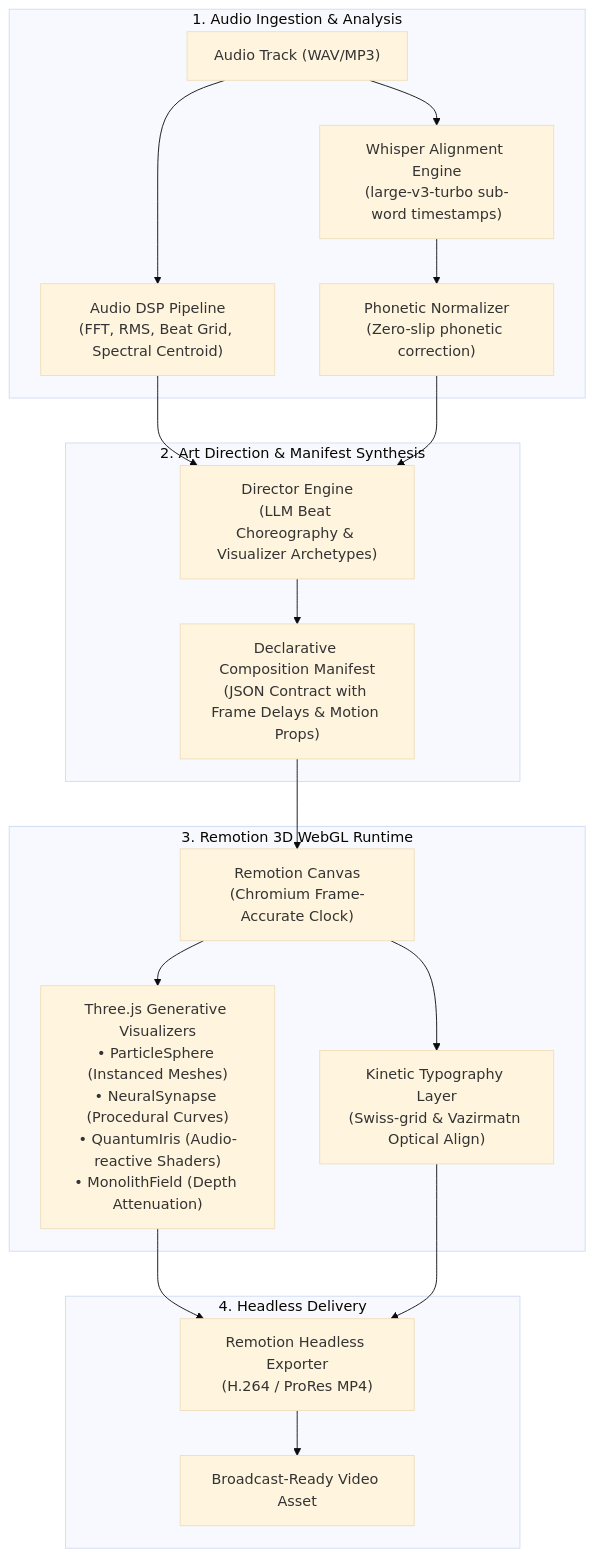
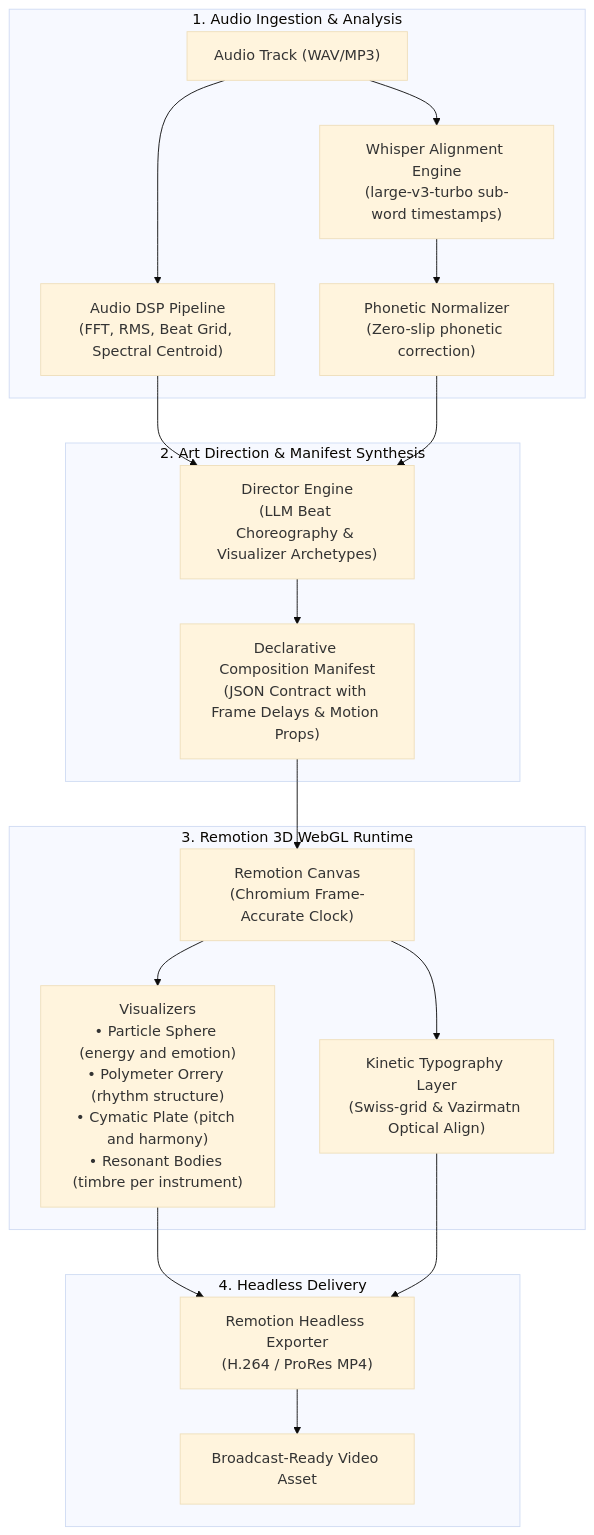
The diagram in README.md (hessam/voitomo-audioviz), drawn with Mermaid (base theme) before and after one commit. The commit also changed other lines of this file and 43 other files, not shown here.

````diff
--- a/README.md
+++ b/README.md
@@ -18,26 +18,26 @@
 ```mermaid
 flowchart TD
     subgraph IN["1. Audio Ingestion & Analysis"]
         A["Audio Track (WAV/MP3)"] --> B["Audio DSP Pipeline\n(FFT, RMS, Beat Grid, Spectral Centroid)"]
         A --> C["Whisper Alignment Engine\n(large-v3-turbo sub-word timestamps)"]
         C --> D["Phonetic Normalizer\n(Zero-slip phonetic correction)"]
     end
 
     subgraph DIR["2. Art Direction & Manifest Synthesis"]
         B --> E["Director Engine\n(LLM Beat Choreography & Visualizer Archetypes)"]
         D --> E
         E --> F["Declarative Composition Manifest\n(JSON Contract with Frame Delays & Motion Props)"]
     end
 
     subgraph RENDER["3. Remotion 3D WebGL Runtime"]
         F --> G["Remotion Canvas\n(Chromium Frame-Accurate Clock)"]
-        G --> H["Three.js Generative Visualizers\n• ParticleSphere (Instanced Meshes)\n• NeuralSynapse (Procedural Curves)\n• QuantumIris (Audio-reactive Shaders)\n• MonolithField (Depth Attenuation)"]
+        G --> H["Visualizers\n• Particle Sphere (energy and emotion)\n• Polymeter Orrery (rhythm structure)\n• Cymatic Plate (pitch and harmony)\n• Resonant Bodies (timbre per instrument)"]
         G --> I["Kinetic Typography Layer\n(Swiss-grid & Vazirmatn Optical Align)"]
     end
 
     subgraph OUT["4. Headless Delivery"]
         H --> J["Remotion Headless Exporter\n(H.264 / ProRes MP4)"]
         I --> J
         J --> K["Broadcast-Ready Video Asset"]
     end
 ```
````
